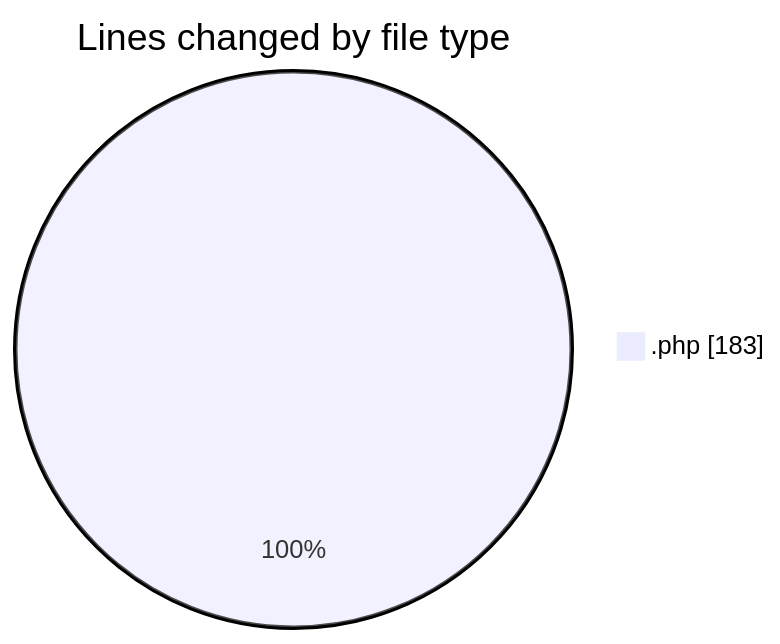
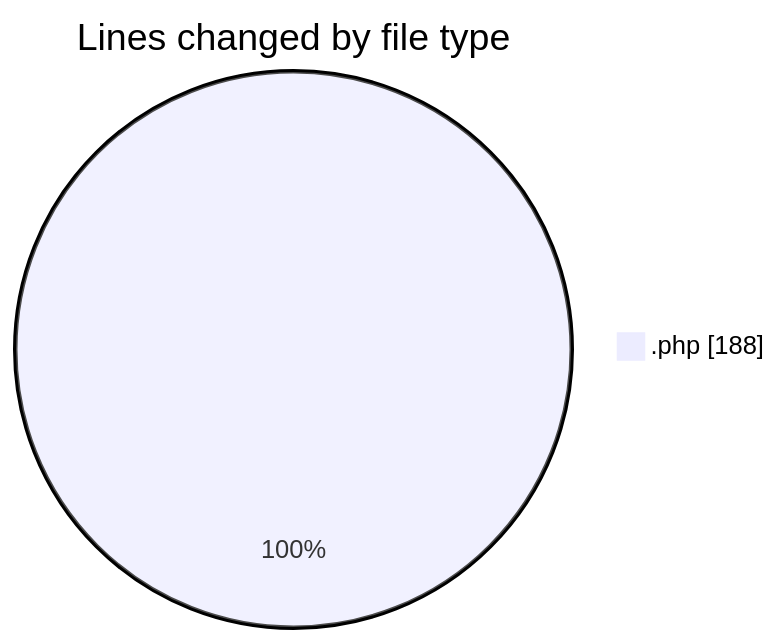
Before and after one commit to LanceThiago/code-tracking: the first of 2 diagrams in 2026-08-31/web/README.md, drawn with Mermaid. The commit also changed other lines of this file and 1 other file, not shown here.

````diff
--- a/2026-08-31/web/README.md
+++ b/2026-08-31/web/README.md
@@ -22,5 +22,5 @@
 ```mermaid
 pie showData
 title Lines changed by file type
-".php" : 183
+".php" : 188
 ```
````
